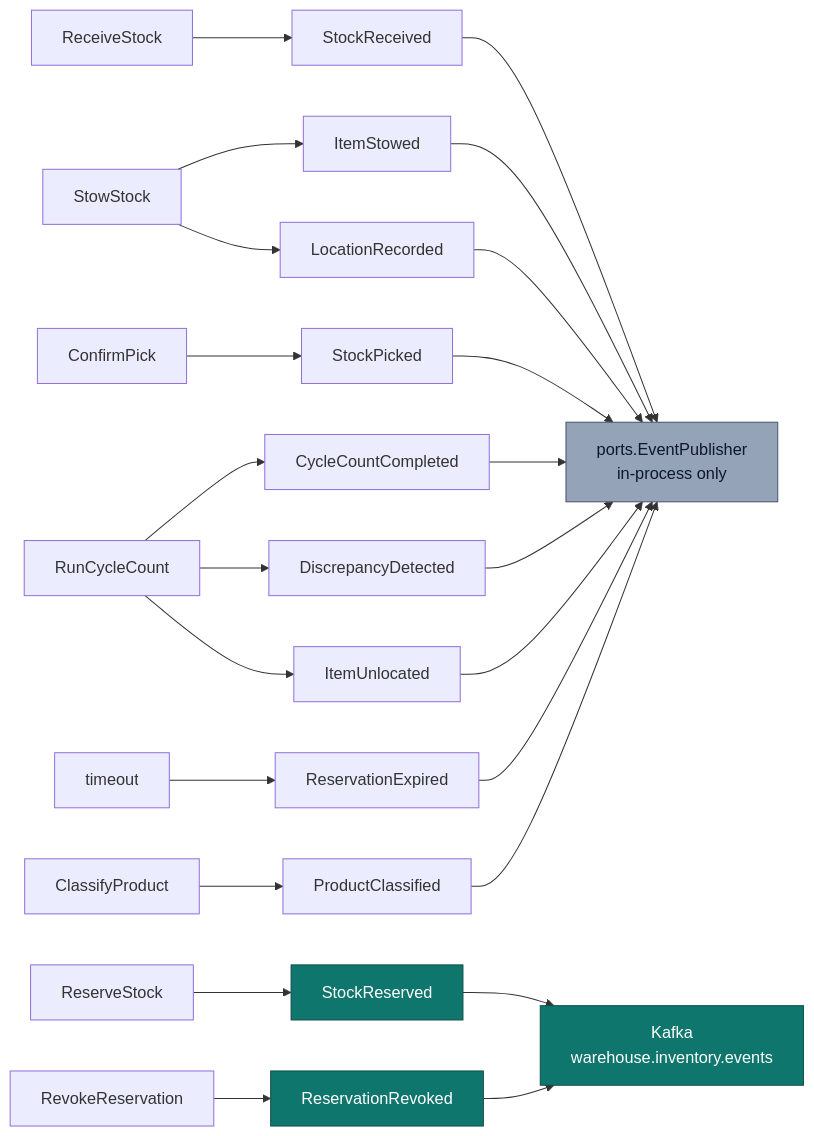
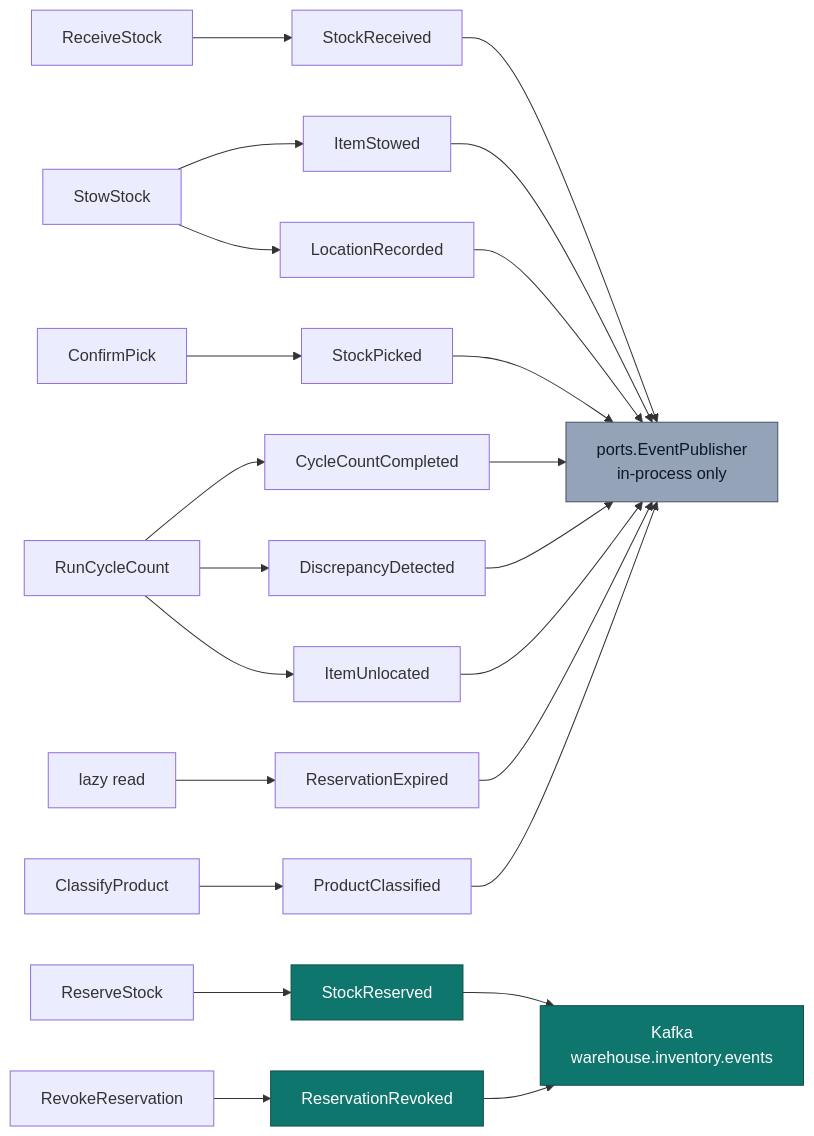
One commit to claudioed/inventory-storage changed the diagram in docs/docs/ddd/domain-events.md. Above: the diagram before and after it, drawn with Mermaid. The commit also changed other lines of this file and 15 other files, not shown here.

First line of the commit message:
feat(reservation): raise ReservationExpired via lazy read-time expiry (#91)

````diff
--- a/docs/docs/ddd/domain-events.md
+++ b/docs/docs/ddd/domain-events.md
@@ -43,22 +43,22 @@
 ```mermaid
 flowchart LR
   RS["ReceiveStock"] --> E1["StockReceived"]
   SS["StowStock"] --> E2["ItemStowed"]
   SS --> E3["LocationRecorded"]
   RES["ReserveStock"] --> E4["StockReserved"]
   REV["RevokeReservation"] --> E5["ReservationRevoked"]
   CP["ConfirmPick"] --> E6["StockPicked"]
   CC["RunCycleCount"] --> E7["CycleCountCompleted"]
   CC --> E8["DiscrepancyDetected"]
   CC --> E9["ItemUnlocated"]
-  EXP["timeout"] --> E10["ReservationExpired"]
+  EXP["lazy read"] --> E10["ReservationExpired"]
   CLS["ClassifyProduct"] --> E11["ProductClassified"]
 
   E1 & E2 & E3 & E6 & E7 & E8 & E9 & E10 & E11 --> LOG["ports.EventPublisher<br/>in-process only"]
   E4 & E5 --> KAF["Kafka<br/>warehouse.inventory.events"]
 
   classDef wired fill:#0f766e,stroke:#134e4a,color:#fff;
   classDef local fill:#94a3b8,stroke:#475569,color:#0f172a;
   class E4,E5,KAF wired;
   class LOG local;
 ```
````
